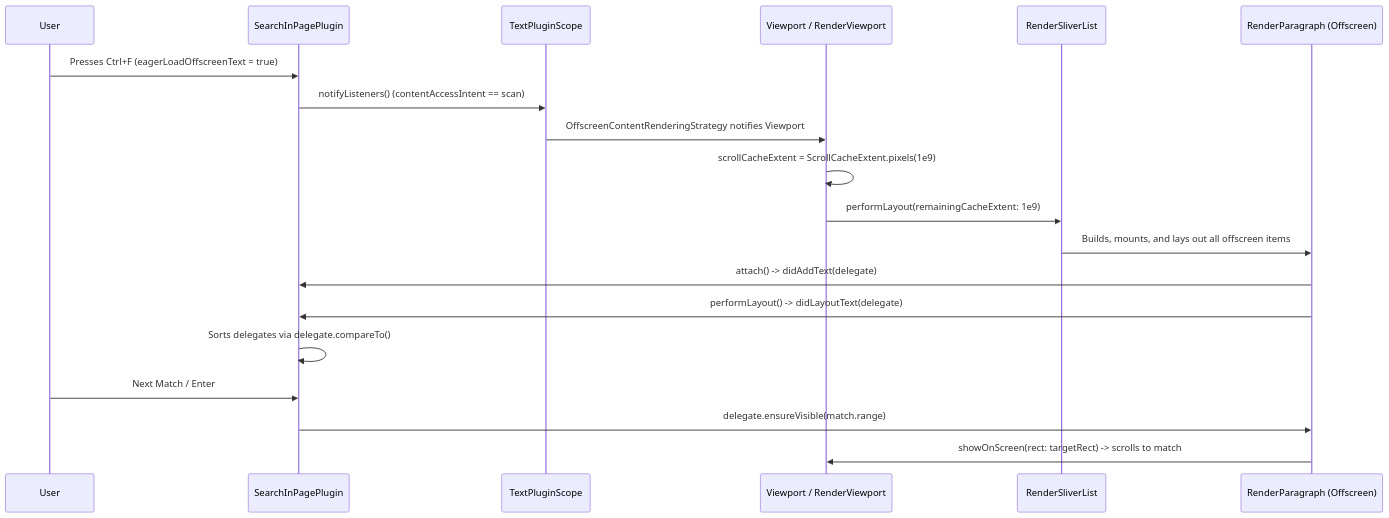
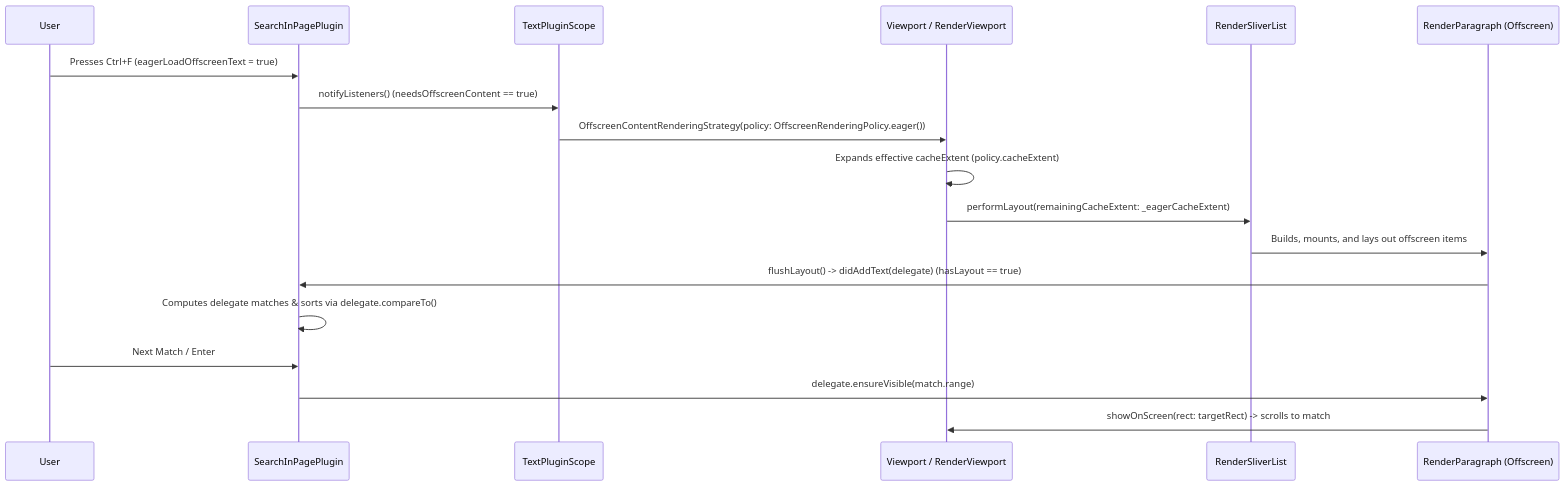
Before and after one commit to flutter/rfc: the third of 3 diagrams in rfc/170.0000-composable-text-plugins.md, drawn with Mermaid. The commit also changed other lines of this file, not shown here.

````diff
--- a/rfc/170.0000-composable-text-plugins.md
+++ b/rfc/170.0000-composable-text-plugins.md
@@ -505,22 +556,21 @@
 ```mermaid
 sequenceDiagram
     participant User
     participant Plugin as SearchInPagePlugin
     participant Scope as TextPluginScope
     participant VP as Viewport / RenderViewport
     participant Sliver as RenderSliverList
     participant Para as RenderParagraph (Offscreen)
 
     User->>Plugin: Presses Ctrl+F (eagerLoadOffscreenText = true)
-    Plugin->>Scope: notifyListeners() (contentAccessIntent == scan)
-    Scope->>VP: OffscreenContentRenderingStrategy notifies Viewport
-    VP->>VP: scrollCacheExtent = ScrollCacheExtent.pixels(1e9)
-    VP->>Sliver: performLayout(remainingCacheExtent: 1e9)
-    Sliver->>Para: Builds, mounts, and lays out all offscreen items
-    Para->>Plugin: attach() -> didAddText(delegate)
-    Para->>Plugin: performLayout() -> didLayoutText(delegate)
-    Plugin->>Plugin: Sorts delegates via delegate.compareTo()
+    Plugin->>Scope: notifyListeners() (needsOffscreenContent == true)
+    Scope->>VP: OffscreenContentRenderingStrategy(policy: OffscreenRenderingPolicy.eager())
+    VP->>VP: Expands effective cacheExtent (policy.cacheExtent)
+    VP->>Sliver: performLayout(remainingCacheExtent: _eagerCacheExtent)
+    Sliver->>Para: Builds, mounts, and lays out offscreen items
+    Para->>Plugin: flushLayout() -> didAddText(delegate) (hasLayout == true)
+    Plugin->>Plugin: Computes delegate matches & sorts via delegate.compareTo()
     User->>Plugin: Next Match / Enter
     Plugin->>Para: delegate.ensureVisible(match.range)
     Para->>VP: showOnScreen(rect: targetRect) -> scrolls to match
 ```
````
